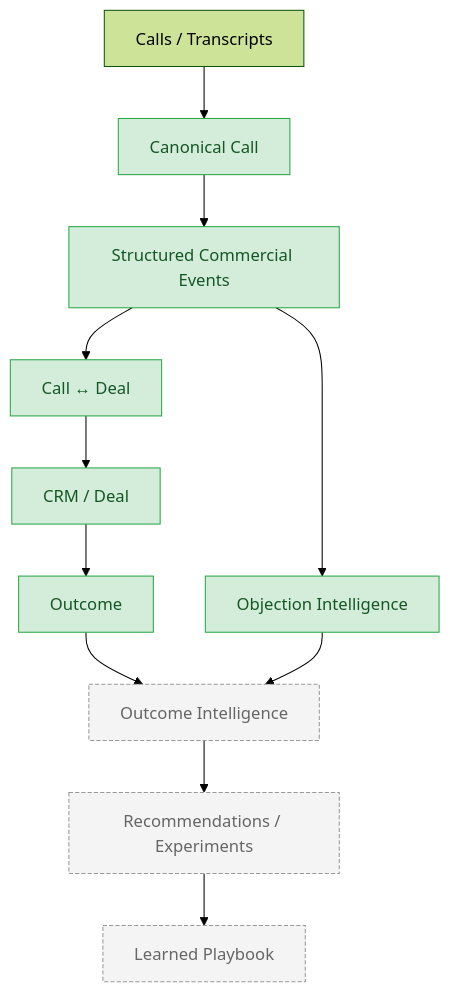
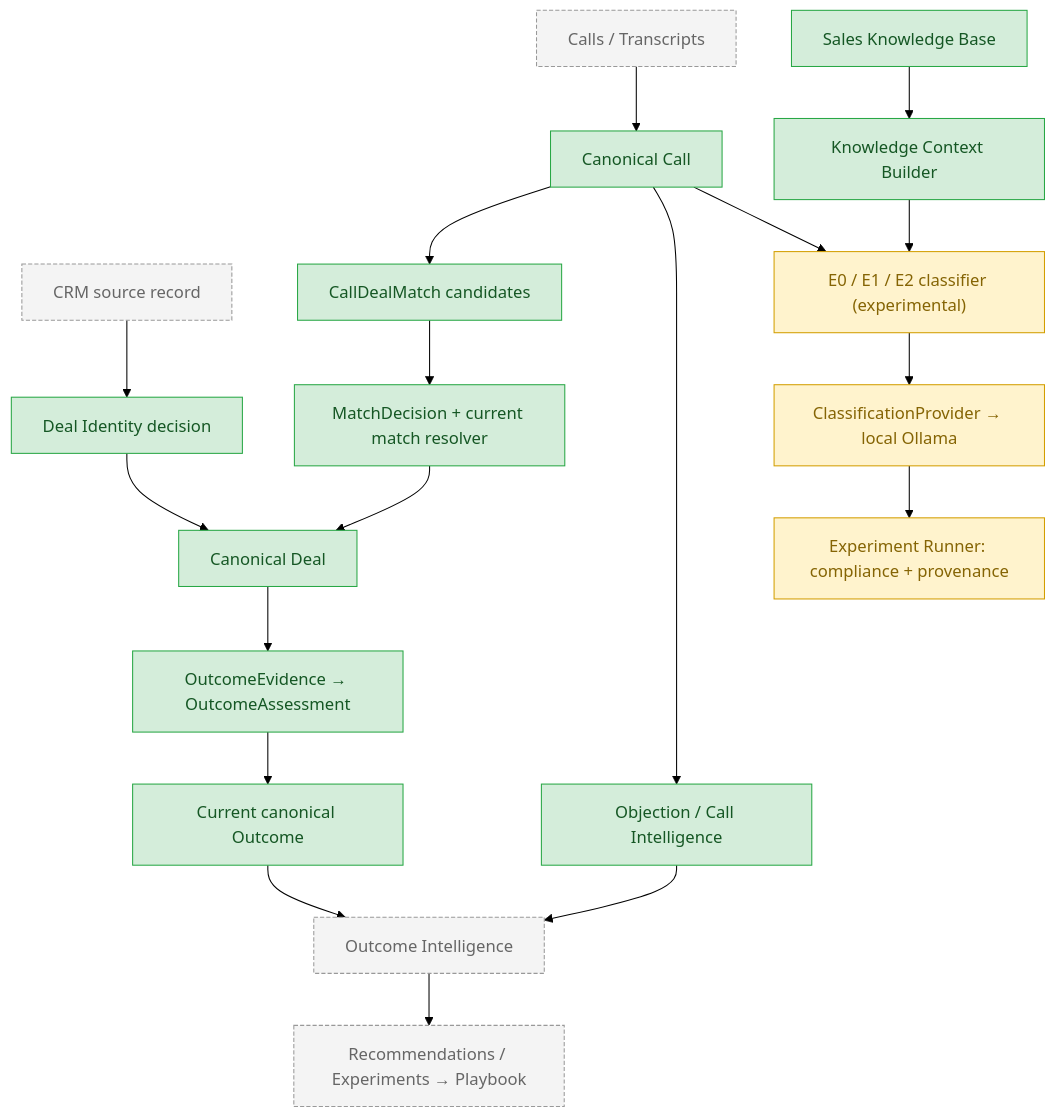
One commit to mori-mkm/closer-ai changed the diagram in README.md. Above: the diagram before and after it, drawn with Mermaid (forest theme). The commit also changed other lines of this file and 46 other files, not shown here.

Commit message:
docs(architecture): reconcile ADRs and project state

````diff
--- a/README.md
+++ b/README.md
@@ -55,19 +37,28 @@
 ```mermaid
 graph TD
     A["Calls / Transcripts"] --> B["Canonical Call"]
-    B --> C["Structured Commercial Events"]
-    C --> D["Call ↔ Deal"]
-    D --> E["CRM / Deal"]
-    E --> F["Outcome"]
-    C --> G["Objection Intelligence"]
-    F --> H["Outcome Intelligence"]
-    G --> H
-    H --> I["Recommendations / Experiments"]
-    I --> J["Learned Playbook"]
+    CRM["CRM source record"] --> ID["Deal Identity decision"]
+    ID --> DEAL["Canonical Deal"]
+    B --> M["CallDealMatch candidates"]
+    M --> MD["MatchDecision + current match resolver"]
+    MD --> DEAL
+    DEAL --> OE["OutcomeEvidence → OutcomeAssessment"]
+    OE --> OUT["Current canonical Outcome"]
+    B --> CI["Objection / Call Intelligence"]
+    KB["Sales Knowledge Base"] --> KC["Knowledge Context Builder"]
+    B --> EX["E0 / E1 / E2 classifier (experimental)"]
+    KC --> EX
+    EX --> PR["ClassificationProvider → local Ollama"]
+    PR --> ER["Experiment Runner: compliance + provenance"]
+    OUT --> OI["Outcome Intelligence"]
+    CI --> OI
+    OI --> REC["Recommendations / Experiments → Playbook"]
 
     classDef implemented fill:#d4edda,stroke:#28a745,color:#155724;
+    classDef experimental fill:#fff3cd,stroke:#d39e00,color:#856404;
     classDef future fill:#f4f4f4,stroke:#999999,color:#666666,stroke-dasharray: 4 2;
 
-    class B,C,D,E,F,G implemented
-    class H,I,J future
+    class B,ID,DEAL,M,MD,OE,OUT,CI,KB,KC implemented
+    class EX,PR,ER experimental
+    class A,CRM,OI,REC future
 ```
````
